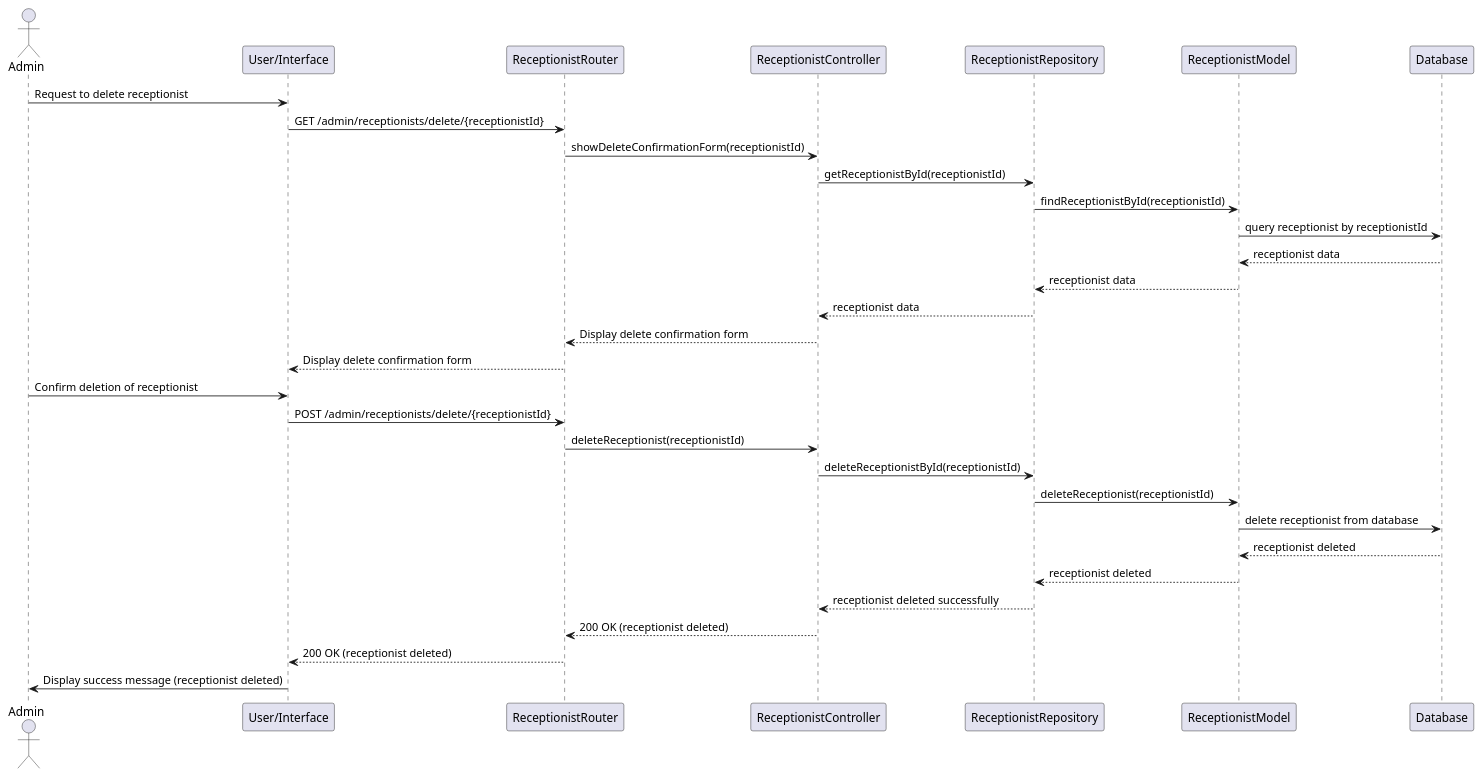
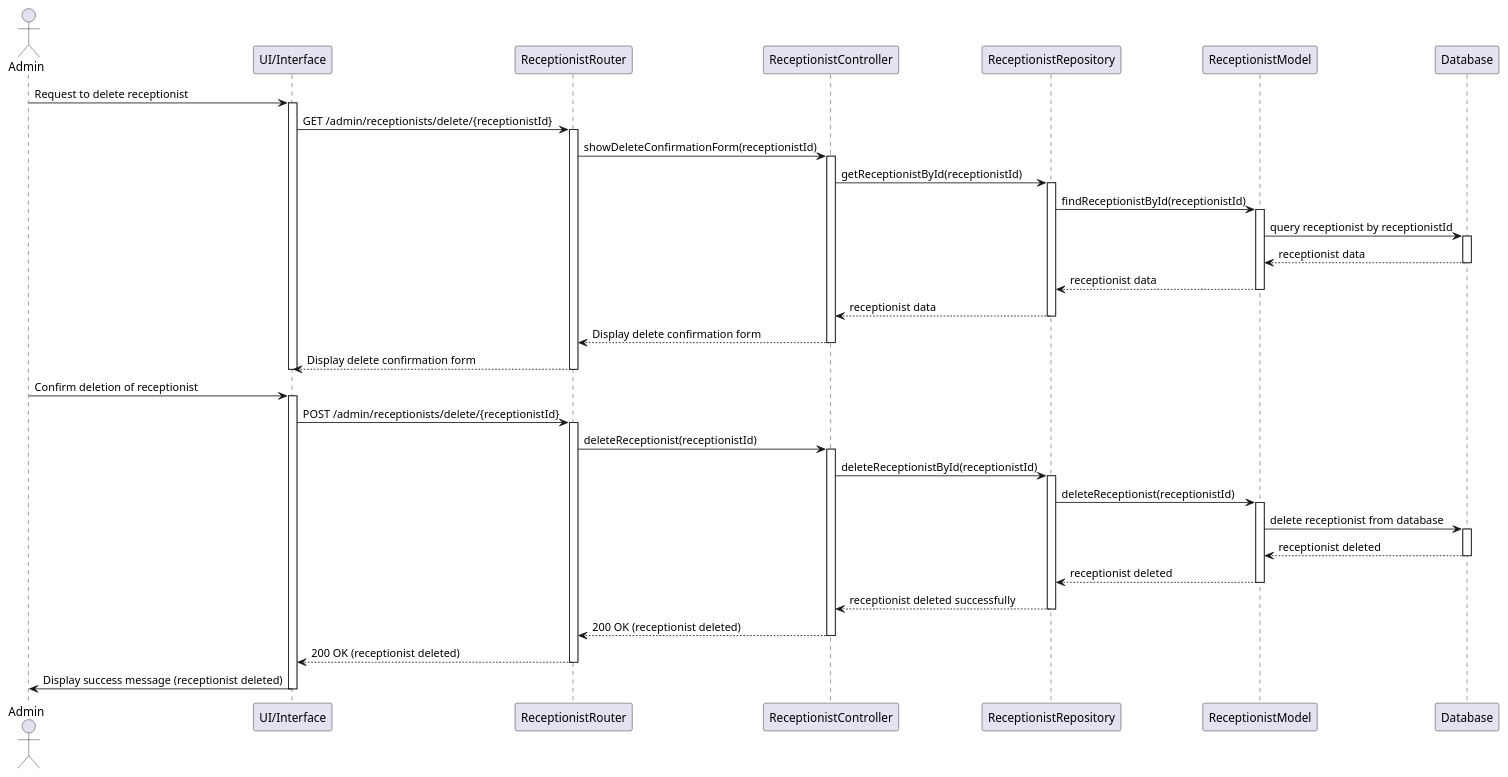
One commit to trongend123/HuongSen changed the diagram in backend/ClassDiagram/Admin/Delete receptionist for admin.puml. Above: the diagram before and after it, drawn with PlantUML. The commit also changed 162 other files, not shown here.

Commit message:
add sequence

```diff
--- a/backend/ClassDiagram/Admin/Delete receptionist for admin.puml
+++ b/backend/ClassDiagram/Admin/Delete receptionist for admin.puml
@@ -1,36 +1,62 @@
 @startuml
 actor Admin
-participant "User/Interface" as UI
+participant "UI/Interface" as UI
 participant "ReceptionistRouter" as Router
 participant "ReceptionistController" as Controller
 participant "ReceptionistRepository" as Repository
 participant "ReceptionistModel" as ReceptionistModel
 participant "Database" as DB
 
 Admin -> UI: Request to delete receptionist
+activate UI
 UI -> Router: GET /admin/receptionists/delete/{receptionistId}
+activate Router
 Router -> Controller: showDeleteConfirmationForm(receptionistId)
+activate Controller
 Controller -> Repository: getReceptionistById(receptionistId)
+activate Repository
+
 Repository -> ReceptionistModel: findReceptionistById(receptionistId)
+activate ReceptionistModel
 ReceptionistModel -> DB: query receptionist by receptionistId
+activate DB
 DB --> ReceptionistModel: receptionist data
+deactivate DB
 ReceptionistModel --> Repository: receptionist data
+deactivate ReceptionistModel
 Repository --> Controller: receptionist data
+deactivate Repository
+
 Controller --> Router: Display delete confirmation form
+deactivate Controller
 Router --> UI: Display delete confirmation form
+deactivate Router
+deactivate UI
 
 Admin -> UI: Confirm deletion of receptionist
+activate UI
 UI -> Router: POST /admin/receptionists/delete/{receptionistId}
+activate Router
 Router -> Controller: deleteReceptionist(receptionistId)
+activate Controller
 Controller -> Repository: deleteReceptionistById(receptionistId)
+activate Repository
 
 Repository -> ReceptionistModel: deleteReceptionist(receptionistId)
+activate ReceptionistModel
 ReceptionistModel -> DB: delete receptionist from database
+activate DB
 DB --> ReceptionistModel: receptionist deleted
+deactivate DB
 ReceptionistModel --> Repository: receptionist deleted
+deactivate ReceptionistModel
 Repository --> Controller: receptionist deleted successfully
+deactivate Repository
 
 Controller --> Router: 200 OK (receptionist deleted)
+deactivate Controller
 Router --> UI: 200 OK (receptionist deleted)
+deactivate Router
 UI -> Admin: Display success message (receptionist deleted)
+deactivate UI
 @enduml
```
